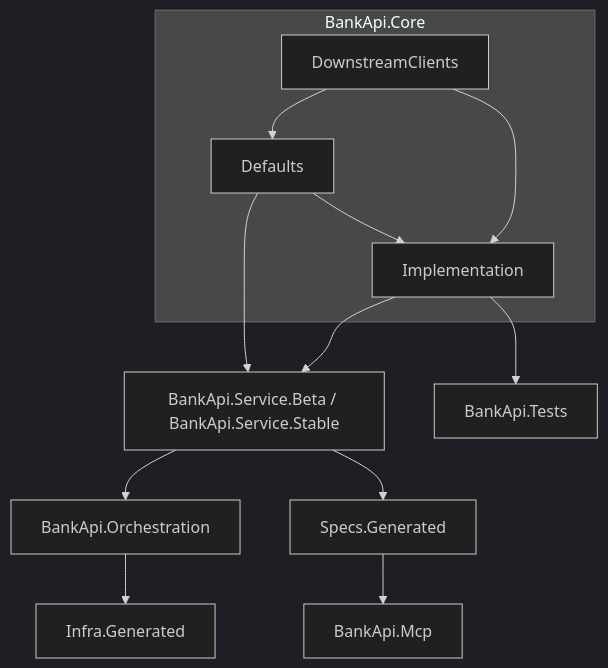
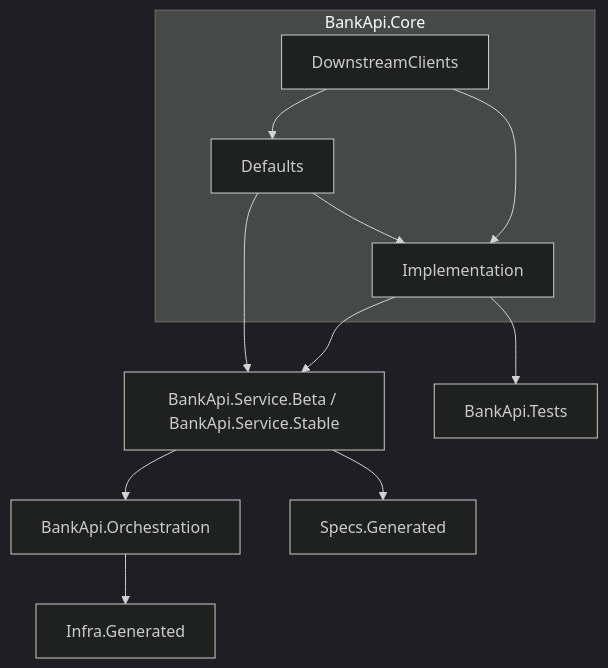
One commit to erwinkramer/bank-api changed the diagram in README.md. Above: the diagram before and after it, drawn with Mermaid (dark theme). The commit also changed other lines of this file and 26 other files, not shown here.

````diff
--- a/README.md
+++ b/README.md
@@ -100,32 +98,30 @@
 ```mermaid
 flowchart TB
 
 apis[BankApi.Service.Beta / BankApi.Service.Stable]
 aspire[BankApi.Orchestration]
-mcp[BankApi.Mcp]
 test[BankApi.Tests]
 
 infra_gen[Infra.Generated]
 specs_gen[Specs.Generated]
 
 subgraph core[BankApi.Core]
 Defaults
 DownstreamClients
 Implementation
 end
 
 Defaults --> Implementation
 
 DownstreamClients --> Defaults
 DownstreamClients --> Implementation
 
 Defaults --> apis
 Implementation --> apis
 Implementation --> test
 
 apis --> aspire
 apis --> specs_gen
 
 aspire--> infra_gen
-specs_gen --> mcp
 ```
````
